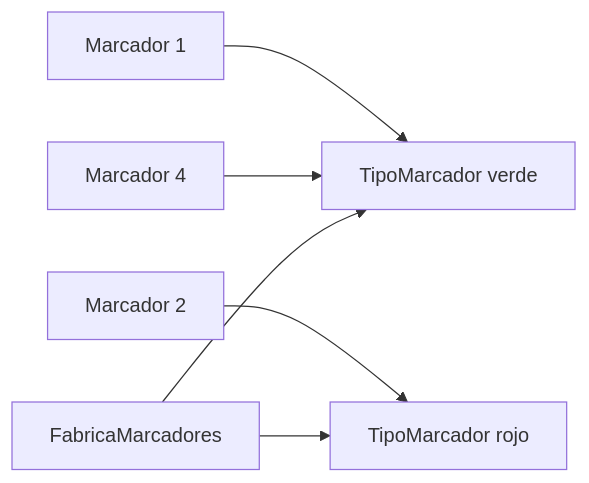
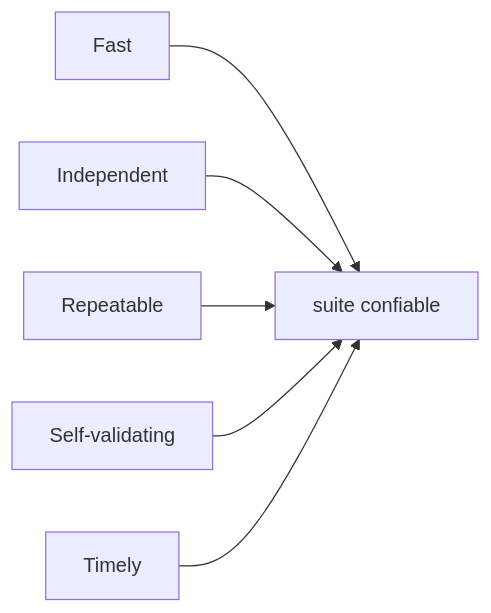
The fourth of 4 diagrams in web/public/content/foundations/modulo-14.md (NICORUIZ93/The_Imperial_Book), drawn with Mermaid before and after one commit. The commit also changed other lines of this file and 36 other files, not shown here.

````diff
--- a/web/public/content/foundations/modulo-14.md
+++ b/web/public/content/foundations/modulo-14.md
@@ -778,8 +336,8 @@
 ```mermaid
 flowchart LR
-    M1[Marcador 1] --> T1[TipoMarcador verde]
-    M2[Marcador 4] --> T1
-    M3[Marcador 2] --> T2[TipoMarcador rojo]
-    F[FabricaMarcadores] --> T1
-    F --> T2
+    F[Fast] --> S[suite confiable]
+    I[Independent] --> S
+    R[Repeatable] --> S
+    V[Self-validating] --> S
+    T[Timely] --> S
 ```
````
